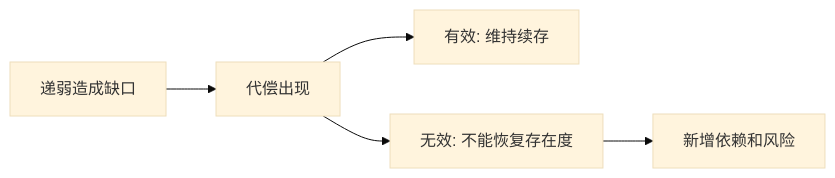
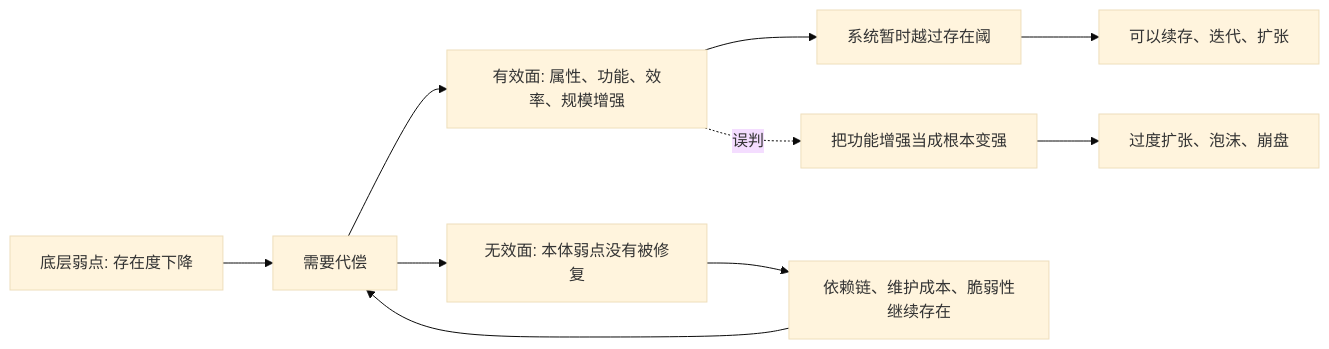
Before and after one commit to digoal/blog: the diagram in 202605/20260518_48.md, drawn with Mermaid (base theme). The commit also changed other lines of this file and 16 other files, not shown here.

````diff
--- a/202605/20260518_48.md
+++ b/202605/20260518_48.md
@@ -22,7 +22,12 @@
 ```mermaid
 flowchart LR
-  A["递弱造成缺口"] --> B["代偿出现"]
-  B --> C["有效: 维持续存"]
-  B --> D["无效: 不能恢复存在度"]
-  D --> E["新增依赖和风险"]
+  A["底层弱点: 存在度下降"] --> B["需要代偿"]
+  B --> C["有效面: 属性、功能、效率、规模增强"]
+  C --> D["系统暂时越过存在阈"]
+  D --> E["可以续存、迭代、扩张"]
+  B --> F["无效面: 本体弱点没有被修复"]
+  F --> G["依赖链、维护成本、脆弱性继续存在"]
+  G --> B
+  C -. "误判" .-> H["把功能增强当成根本变强"]
+  H --> I["过度扩张、泡沫、崩盘"]
 ```
````
